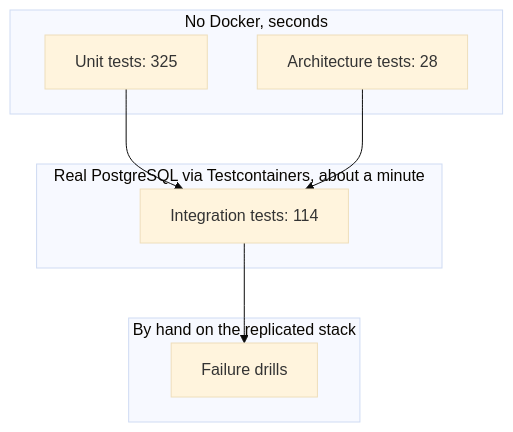
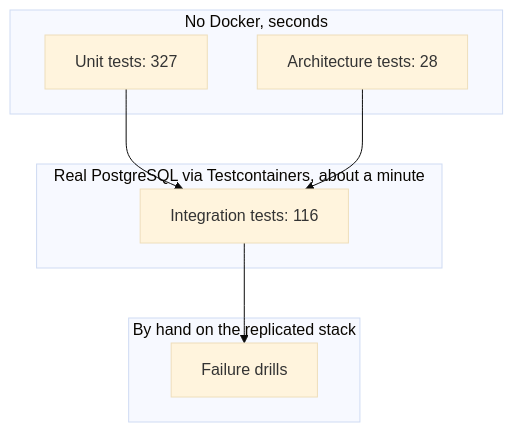
The diagram in tests/README.md (maysamgamini/crowdfundinghub), drawn with Mermaid (base theme) before and after one commit. The commit also changed 17 other files, not shown here.

````diff
--- a/tests/README.md
+++ b/tests/README.md
@@ -8,16 +8,16 @@
 ```mermaid
 flowchart TB
     subgraph Fast["No Docker, seconds"]
-        U["Unit tests: 325"]
+        U["Unit tests: 327"]
         A["Architecture tests: 28"]
     end
     subgraph Real["Real PostgreSQL via Testcontainers, about a minute"]
-        I["Integration tests: 114"]
+        I["Integration tests: 116"]
     end
     subgraph Hand["By hand on the replicated stack"]
         D["Failure drills"]
     end
     U --> I
     A --> I
     I --> D
 ```
````
